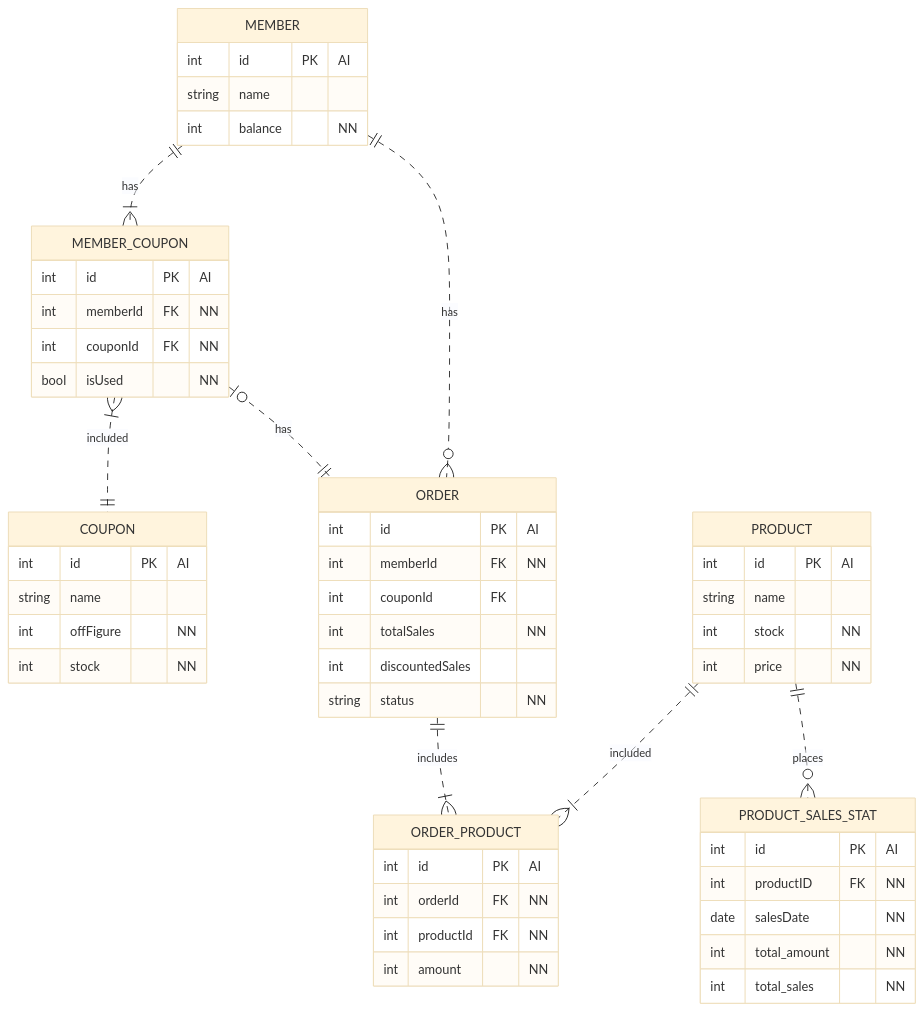
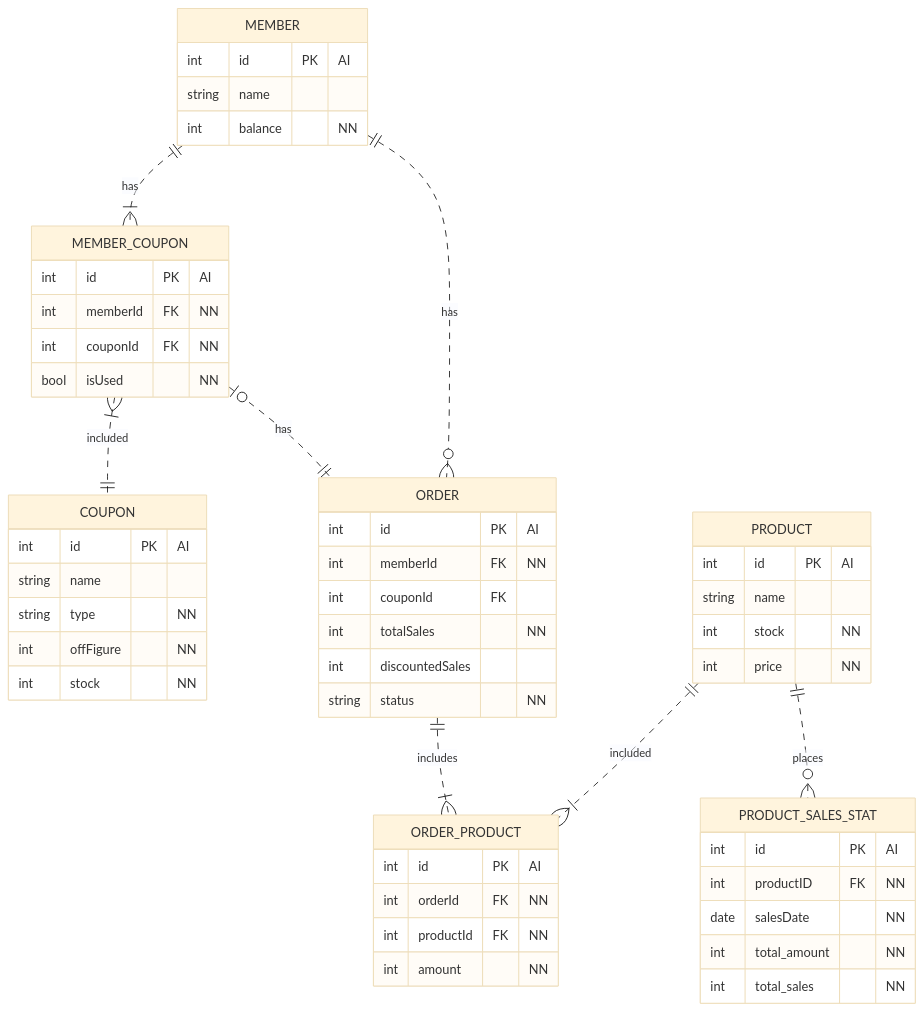
The diagram in docs/erd.md (psyoongsc/hhplus-ts-server), drawn with Mermaid (base theme) before and after one commit.

Commit message:
Fix: Coupon 에 타입 정보 추가
쿠폰이 일정 비율로 할인을 할 수도 있지만 정액 쿠폰으로 특정 액만 할인 할 수도 있는 것을 수용할 수 있도록 Type 컬럼을 추가하였음.
할인에 대한 비율/금액 에 대한 정보는 offFigure 를 통해서 적용할 수 있음.

1) 10% 할인 쿠폰일 경우
 - type: percentage / offFigure: 10

2) 1000원 할인 쿠폰일 경우
 - type: flat / offFigure: 1000

````diff
--- a/docs/erd.md
+++ b/docs/erd.md
@@ -3,55 +3,56 @@
 ```mermaid
 erDiagram
     MEMBER_COUPON }|..|| COUPON : included
     MEMBER ||..|{ MEMBER_COUPON : has
     MEMBER ||..o{ ORDER : has
     MEMBER_COUPON |o..|| ORDER : has
     ORDER ||..|{ ORDER_PRODUCT : includes
     PRODUCT ||..|{ ORDER_PRODUCT : included
     PRODUCT ||..o{ PRODUCT_SALES_STAT : places
     
     MEMBER {
         int id PK "AI"
         string name
         int balance "NN"
     }
     MEMBER_COUPON {
         int id PK "AI"
         int memberId FK "NN"
         int couponId FK "NN"
         bool isUsed "NN"
     }
     COUPON {
         int id PK "AI"
         string name
+        string type "NN"
         int offFigure "NN"
         int stock "NN"
     }
     ORDER {
         int id PK "AI"
         int memberId FK "NN"
         int couponId FK
         int totalSales "NN"
         int discountedSales
         string status "NN"
     }
     ORDER_PRODUCT {
         int id PK "AI"
         int orderId FK "NN"
         int productId FK "NN"
         int amount "NN"
     }
     PRODUCT {
         int id PK "AI"
         string name
         int stock "NN"
         int price "NN"
     }
     PRODUCT_SALES_STAT {
 		    int id PK "AI"
 		    int productID FK "NN"
 		    date salesDate "NN"
 		    int total_amount "NN"
 		    int total_sales "NN"
     }
 ```
````
